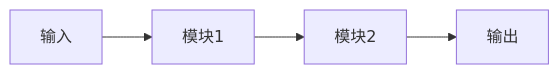
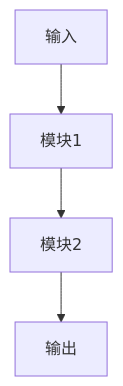
The diagram in Templates/模型笔记模板.md (salad18/AutoDriveLearningNote), drawn with Mermaid before and after one commit. The commit also changed 40 other files, not shown here.

First line of the commit message:
docs: 新增数据闭环/面试/热点系列笔记，mermaid 图统一竖排

````diff
--- a/Templates/模型笔记模板.md
+++ b/Templates/模型笔记模板.md
@@ -53,6 +53,6 @@
 ```mermaid
-graph LR
+flowchart TD
     A[输入] --> B[模块1]
     B --> C[模块2]
     C --> D[输出]
 ```
````
